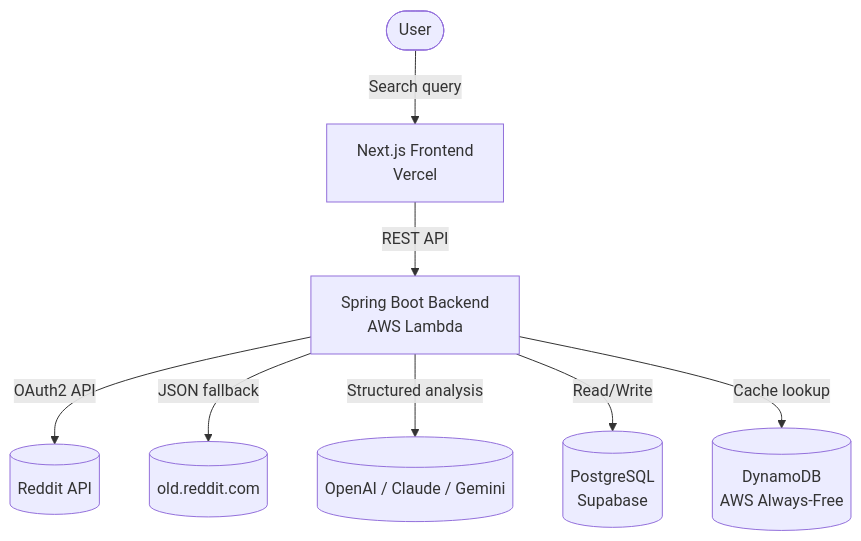
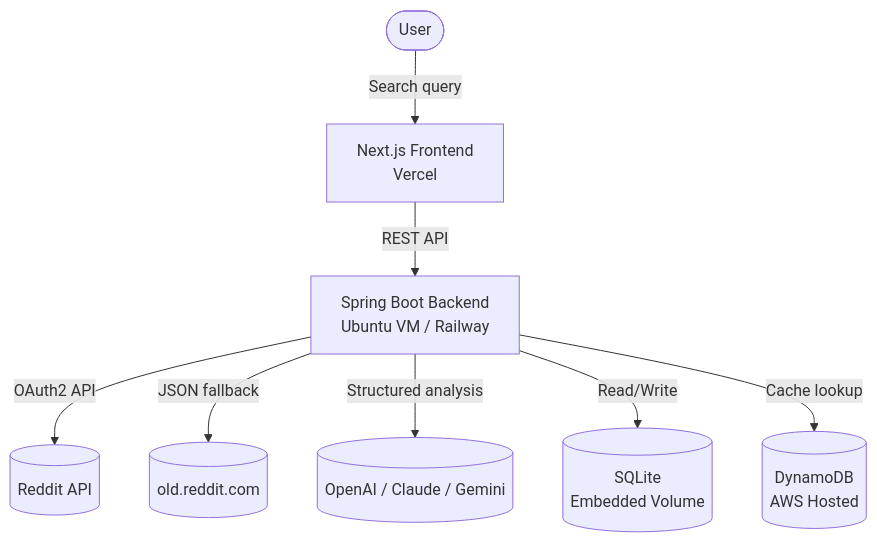
One commit to anubhavbagri/CrowdLens changed the fourth of 8 diagrams in architecture.md. Above: the diagram before and after it, drawn with Mermaid. The commit also changed other lines of this file and 3 other files, not shown here.

````diff
--- a/architecture.md
+++ b/architecture.md
@@ -238,10 +237,10 @@
 ```mermaid
 graph TB
     User([User]) -->|Search query| FE[Next.js Frontend<br/>Vercel]
-    FE -->|REST API| BE[Spring Boot Backend<br/>AWS Lambda]
+    FE -->|REST API| BE[Spring Boot Backend<br/>Ubuntu VM / Railway]
     BE -->|OAuth2 API| Reddit[(Reddit API)]
     BE -->|JSON fallback| RedditJSON[(old.reddit.com)]
     BE -->|Structured analysis| AI[(OpenAI / Claude / Gemini)]
-    BE -->|Read/Write| DB[(PostgreSQL<br/>Supabase)]
-    BE -->|Cache lookup| Cache[(DynamoDB<br/>AWS Always-Free)]
+    BE -->|Read/Write| DB[(SQLite<br/>Embedded Volume)]
+    BE -->|Cache lookup| Cache[(DynamoDB<br/>AWS Hosted)]
 ```
````
